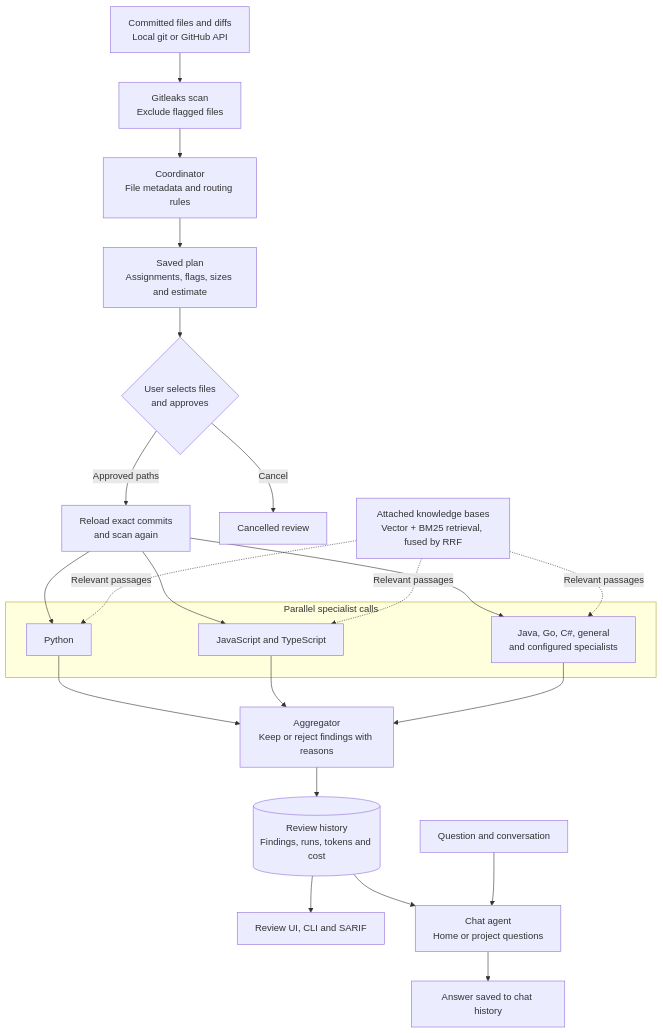
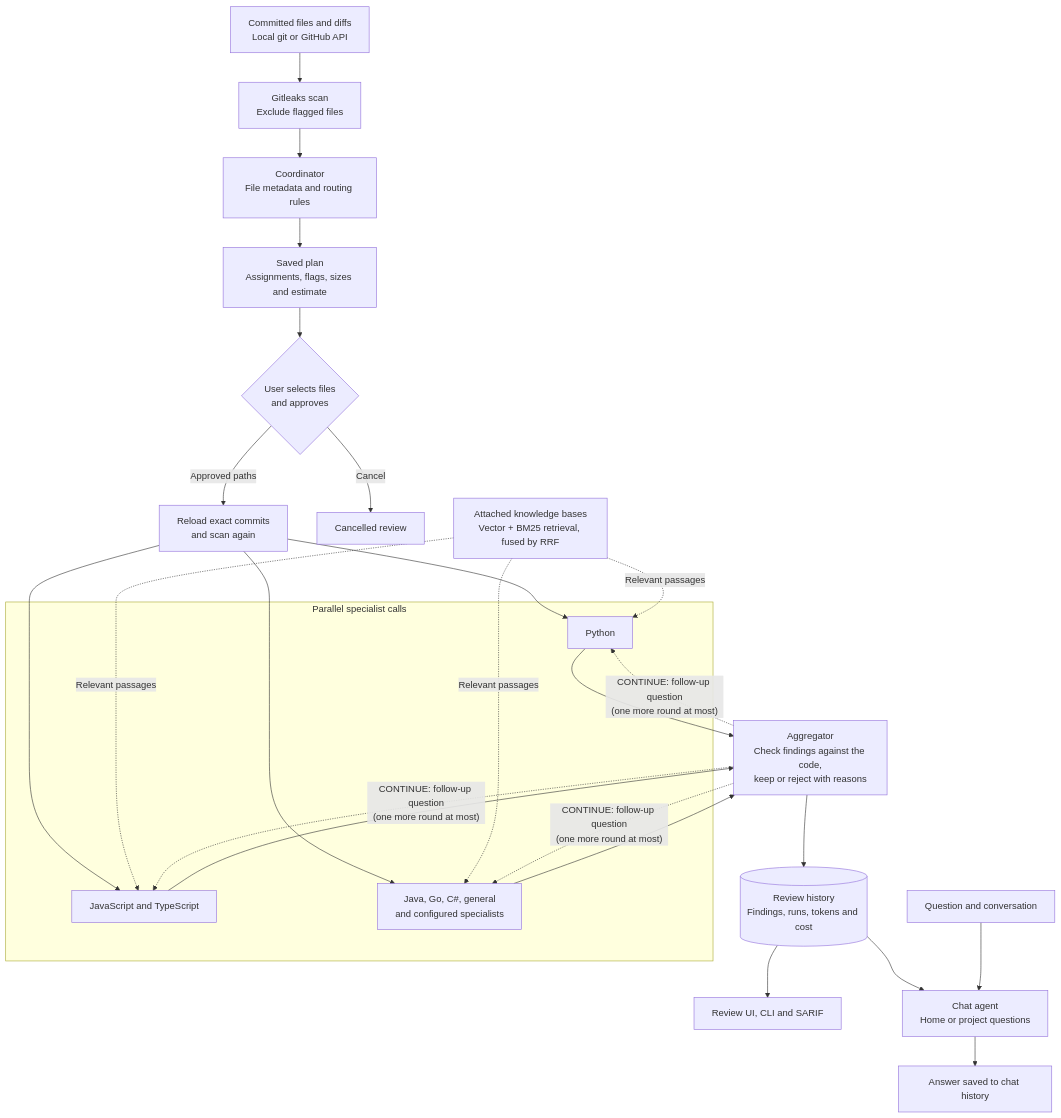
One commit to gcward18/code-review-tool changed the first of 4 diagrams in README.md. Above: the diagram before and after it, drawn with Mermaid. The commit also changed other lines of this file and 8 other files, not shown here.

Commit message:
Check findings against their code and let the aggregator send specialists one follow-up round

````diff
--- a/README.md
+++ b/README.md
@@ -16,23 +16,24 @@
 ```mermaid
 flowchart TD
     Source["Committed files and diffs<br/>Local git or GitHub API"] --> Scan["Gitleaks scan<br/>Exclude flagged files"]
     Scan --> Coordinator["Coordinator<br/>File metadata and routing rules"]
     Coordinator --> Plan["Saved plan<br/>Assignments, flags, sizes and estimate"]
     Plan --> Approval{"User selects files<br/>and approves"}
     Approval -->|Approved paths| Reload["Reload exact commits<br/>and scan again"]
     Approval -->|Cancel| Cancelled["Cancelled review"]
 
     subgraph Specialists["Parallel specialist calls"]
         Python["Python"]
         Web["JavaScript and TypeScript"]
         Other["Java, Go, C#, general<br/>and configured specialists"]
     end
     Reload --> Python & Web & Other
     Knowledge["Attached knowledge bases<br/>Vector + BM25 retrieval, fused by RRF"] -. Relevant passages .-> Python & Web & Other
-    Python & Web & Other --> Aggregator["Aggregator<br/>Keep or reject findings with reasons"]
+    Python & Web & Other --> Aggregator["Aggregator<br/>Check findings against the code,<br/>keep or reject with reasons"]
+    Aggregator -. "CONTINUE: follow-up question<br/>(one more round at most)" .-> Python & Web & Other
     Aggregator --> History[("Review history<br/>Findings, runs, tokens and cost")]
     History --> Results["Review UI, CLI and SARIF"]
     History --> Chat["Chat agent<br/>Home or project questions"]
     Question["Question and conversation"] --> Chat
     Chat --> Answer["Answer saved to chat history"]
 ```
````
